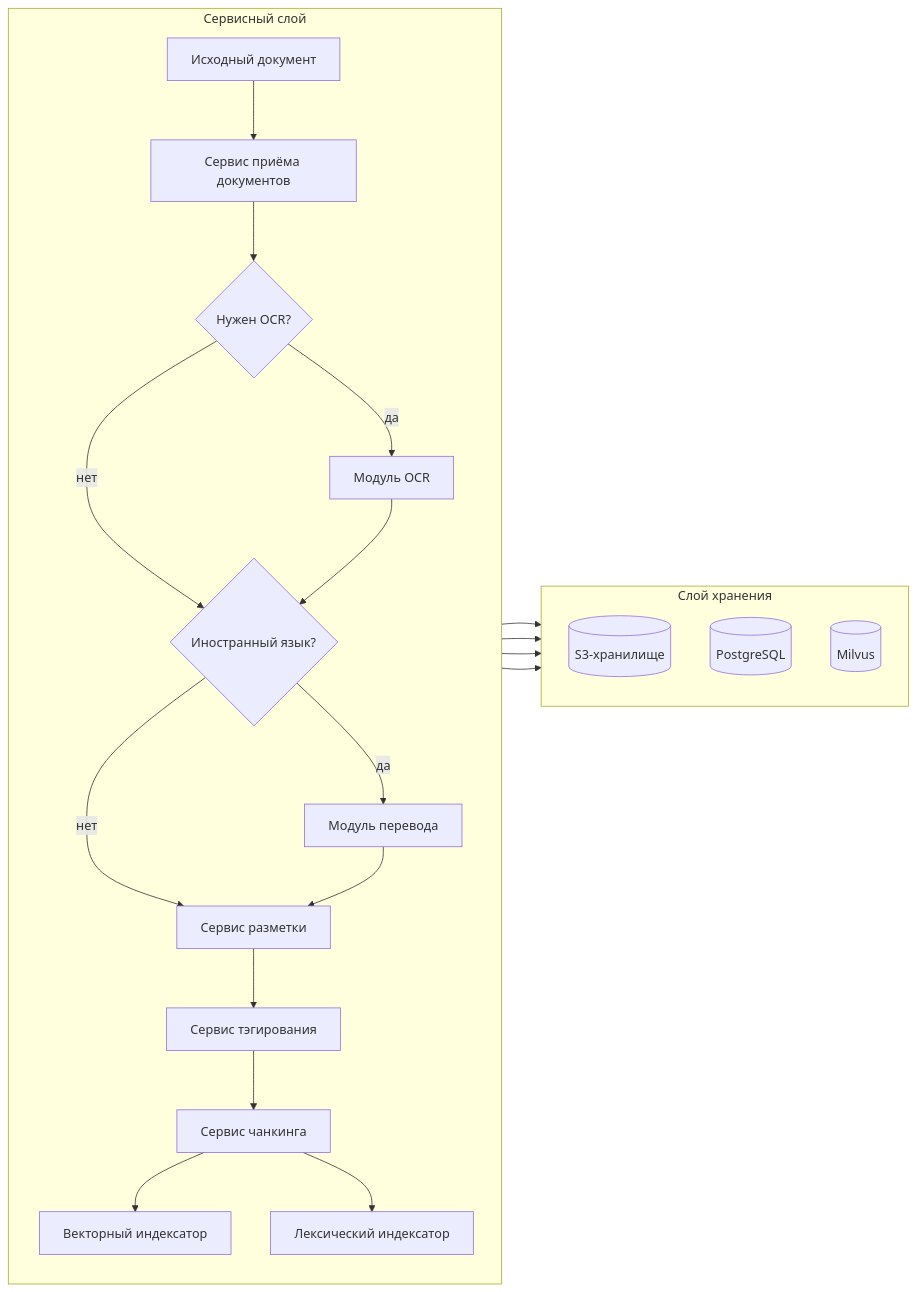
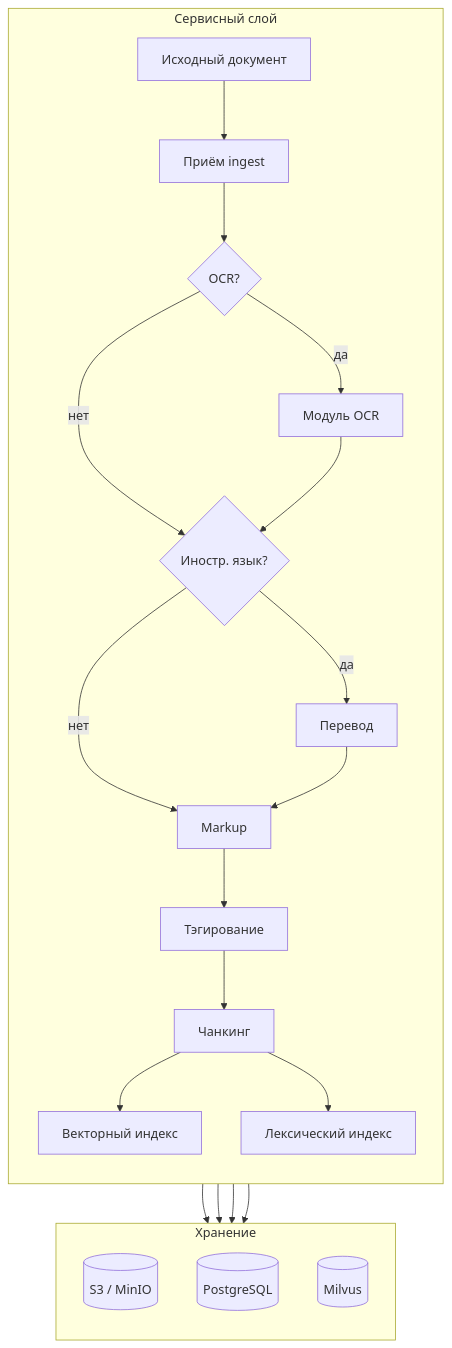
One commit to Trump68/infra changed diagram 13 of 19 in TZ/1.Пояснительная записка к техническому проекту.md. Above: the diagram before and after it, drawn with Mermaid. The commit also changed other lines of this file, not shown here.

First line of the commit message:
docs: refine Фармадок documentation with updated sequence diagrams and terminology

````diff
--- a/TZ/1.Пояснительная записка к техническому проекту.md
+++ b/TZ/1.Пояснительная записка к техническому проекту.md
@@ -1862,30 +1863,30 @@
 ```mermaid
-flowchart LR
+flowchart TB
   subgraph SERVICE_LAYER[Сервисный слой]
     direction TB
-    DOCS[Исходный документ] --> ING[Сервис приёма документов]
-    ING --> OCRN{Нужен OCR?}
+    DOCS[Исходный документ] --> ING[Приём ingest]
+    ING --> OCRN{OCR?}
     OCRN -->|да| OCR[Модуль OCR]
-    OCRN -->|нет| LANG{Иностранный язык?}
+    OCRN -->|нет| LANG{Иностр. язык?}
     OCR --> LANG
-    LANG -->|нет| MS[Сервис разметки]
-    LANG -->|да| TRN[Модуль перевода]
+    LANG -->|нет| MS[Markup]
+    LANG -->|да| TRN[Перевод]
     TRN --> MS
-    MS --> TS[Сервис тэгирования]
-    TS --> CS[Сервис чанкинга]
-    CS --> VI[Векторный индексатор]
-    CS --> LI[Лексический индексатор]
+    MS --> TS[Тэгирование]
+    TS --> CS[Чанкинг]
+    CS --> VI[Векторный индекс]
+    CS --> LI[Лексический индекс]
   end
 
-  subgraph STORAGE_LAYER[Слой хранения]
+  subgraph STORAGE_LAYER[Хранение]
     direction TB
-    S3[(S3-хранилище)]
+    S3[(S3 / MinIO)]
     PG[(PostgreSQL)]
     MV[(Milvus)]
   end
 
   TS --> S3
   CS --> PG
   VI --> MV
   LI --> PG
 ```
````
